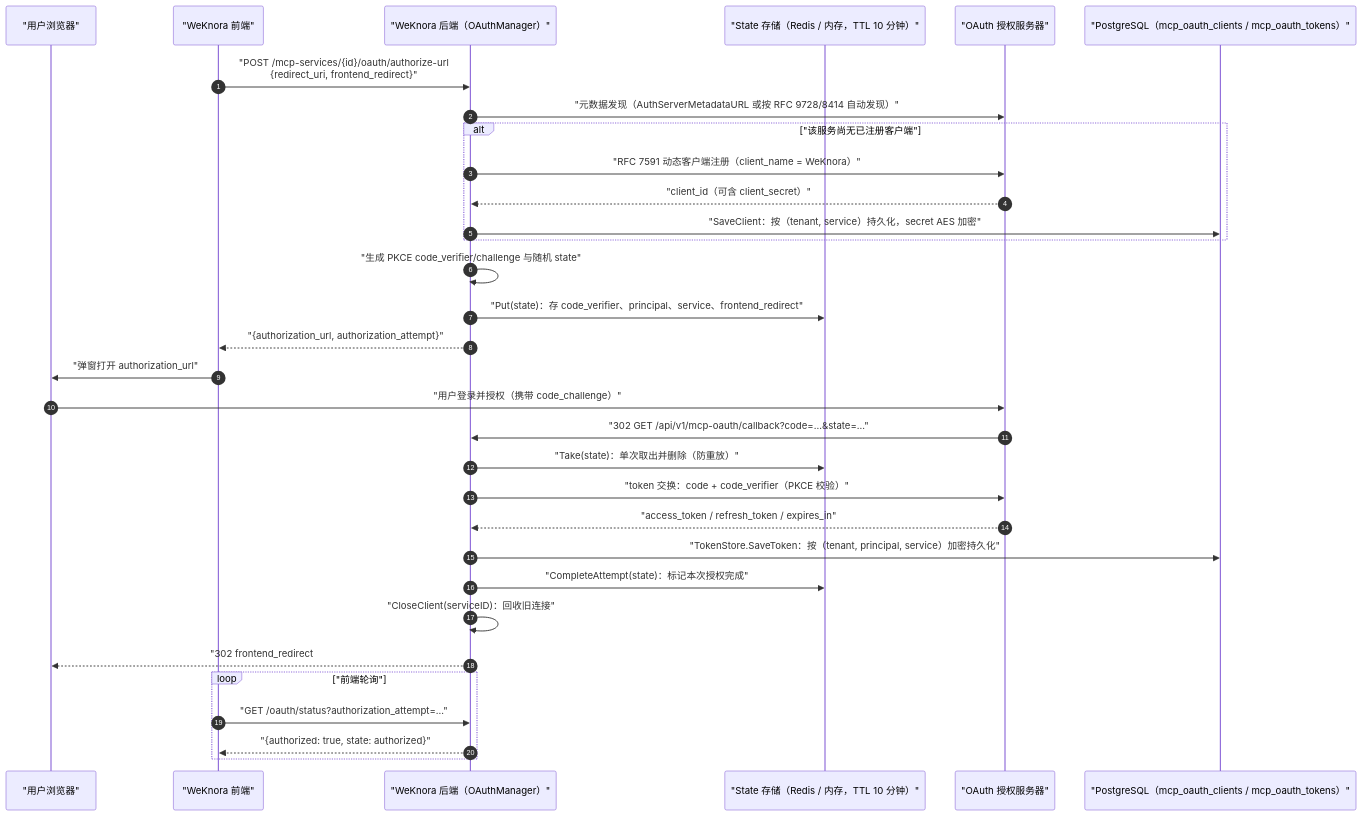
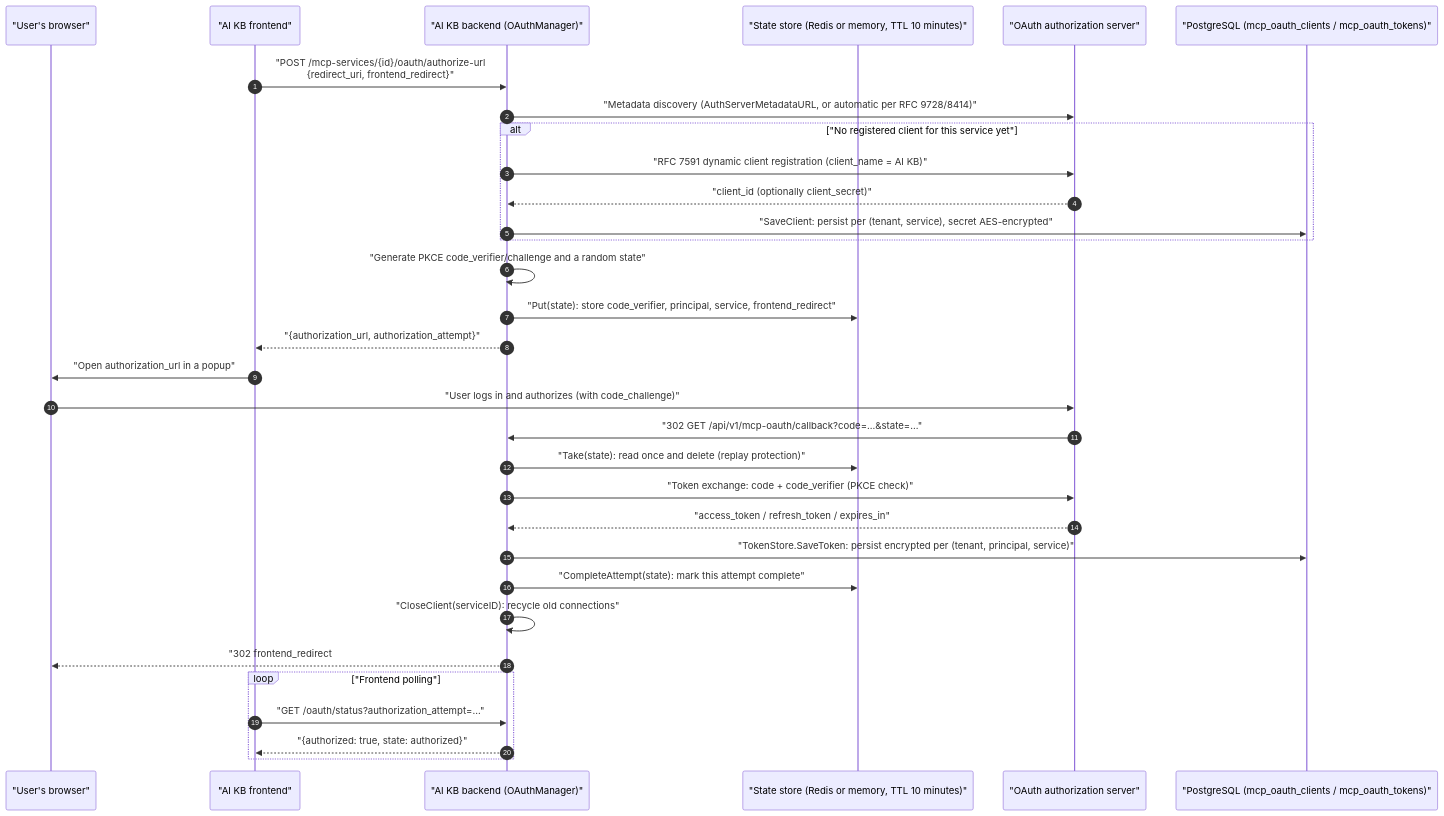
The second of 4 diagrams in website-docs/03-features/08-mcp.md (jrmatherly/ai-kb), drawn with Mermaid before and after one commit. The commit also changed other lines of this file and 11 other files, not shown here.

````diff
--- a/website-docs/03-features/08-mcp.md
+++ b/website-docs/03-features/08-mcp.md
@@ -237,35 +250,35 @@
 ```mermaid
 sequenceDiagram
     autonumber
-    participant B as "用户浏览器"
-    participant FE as "WeKnora 前端"
-    participant BE as "WeKnora 后端（OAuthManager）"
-    participant ST as "State 存储（Redis / 内存，TTL 10 分钟）"
-    participant AS as "OAuth 授权服务器"
-    participant DB as "PostgreSQL（mcp_oauth_clients / mcp_oauth_tokens）"
+    participant B as "User's browser"
+    participant FE as "AI KB frontend"
+    participant BE as "AI KB backend (OAuthManager)"
+    participant ST as "State store (Redis or memory, TTL 10 minutes)"
+    participant AS as "OAuth authorization server"
+    participant DB as "PostgreSQL (mcp_oauth_clients / mcp_oauth_tokens)"
 
     FE->>BE: "POST /mcp-services/{id}/oauth/authorize-url<br/>{redirect_uri, frontend_redirect}"
-    BE->>AS: "元数据发现（AuthServerMetadataURL 或按 RFC 9728/8414 自动发现）"
-    alt "该服务尚无已注册客户端"
-        BE->>AS: "RFC 7591 动态客户端注册（client_name = WeKnora）"
-        AS-->>BE: "client_id（可含 client_secret）"
-        BE->>DB: "SaveClient：按（tenant, service）持久化，secret AES 加密"
+    BE->>AS: "Metadata discovery (AuthServerMetadataURL, or automatic per RFC 9728/8414)"
+    alt "No registered client for this service yet"
+        BE->>AS: "RFC 7591 dynamic client registration (client_name = AI KB)"
+        AS-->>BE: "client_id (optionally client_secret)"
+        BE->>DB: "SaveClient: persist per (tenant, service), secret AES-encrypted"
     end
-    BE->>BE: "生成 PKCE code_verifier/challenge 与随机 state"
-    BE->>ST: "Put(state)：存 code_verifier、principal、service、frontend_redirect"
+    BE->>BE: "Generate PKCE code_verifier/challenge and a random state"
+    BE->>ST: "Put(state): store code_verifier, principal, service, frontend_redirect"
     BE-->>FE: "{authorization_url, authorization_attempt}"
-    FE->>B: "弹窗打开 authorization_url"
-    B->>AS: "用户登录并授权（携带 code_challenge）"
+    FE->>B: "Open authorization_url in a popup"
+    B->>AS: "User logs in and authorizes (with code_challenge)"
     AS->>BE: "302 GET /api/v1/mcp-oauth/callback?code=...&state=..."
-    BE->>ST: "Take(state)：单次取出并删除（防重放）"
-    BE->>AS: "token 交换：code + code_verifier（PKCE 校验）"
+    BE->>ST: "Take(state): read once and delete (replay protection)"
+    BE->>AS: "Token exchange: code + code_verifier (PKCE check)"
     AS-->>BE: "access_token / refresh_token / expires_in"
-    BE->>DB: "TokenStore.SaveToken：按（tenant, principal, service）加密持久化"
-    BE->>ST: "CompleteAttempt(state)：标记本次授权完成"
-    BE->>BE: "CloseClient(serviceID)：回收旧连接"
+    BE->>DB: "TokenStore.SaveToken: persist encrypted per (tenant, principal, service)"
+    BE->>ST: "CompleteAttempt(state): mark this attempt complete"
+    BE->>BE: "CloseClient(serviceID): recycle old connections"
     BE-->>B: "302 frontend_redirect#mcp_oauth_result=success"
-    loop "前端轮询"
+    loop "Frontend polling"
         FE->>BE: "GET /oauth/status?authorization_attempt=..."
         BE-->>FE: "{authorized: true, state: authorized}"
     end
 ```
````
